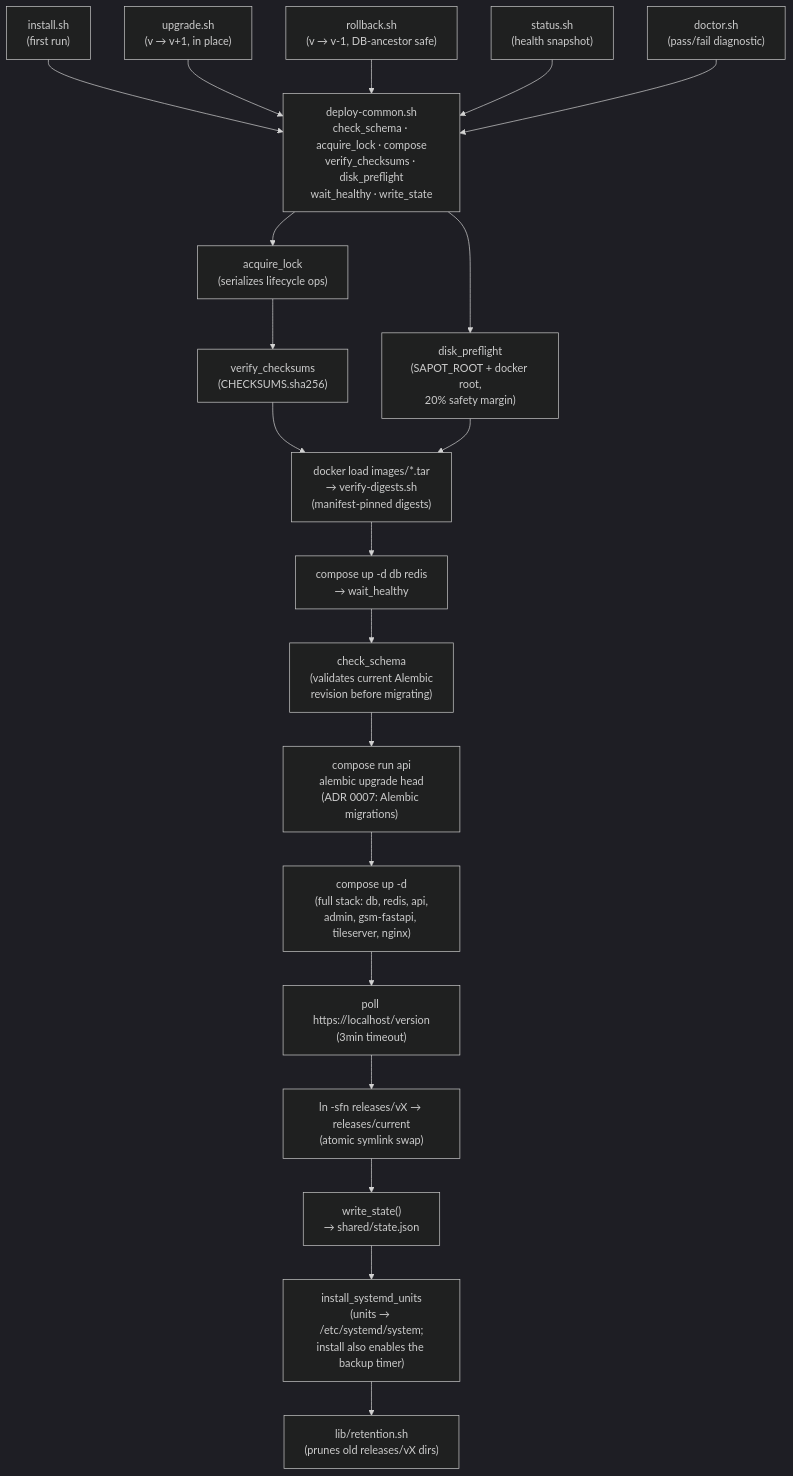
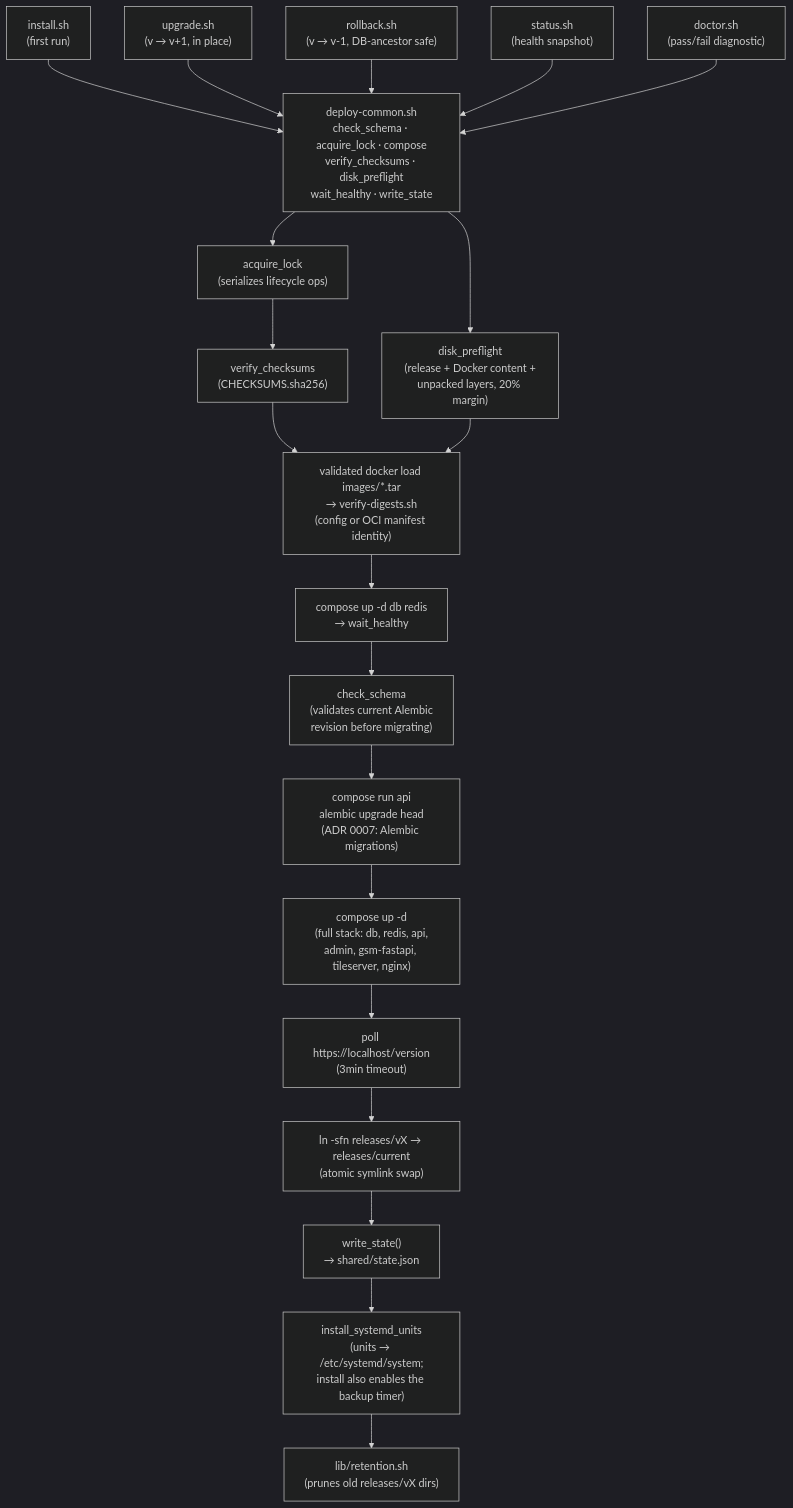
One commit to SAPOT-System/YLP-software changed the second of 3 diagrams in docs/deployment/docker-bundle.md. Above: the diagram before and after it, drawn with Mermaid (dark theme). The commit also changed other lines of this file and 8 other files, not shown here.

````diff
--- a/docs/deployment/docker-bundle.md
+++ b/docs/deployment/docker-bundle.md
@@ -54,27 +54,27 @@
 ```mermaid
 flowchart TD
     Common["deploy-common.sh<br/>check_schema · acquire_lock · compose<br/>verify_checksums · disk_preflight<br/>wait_healthy · write_state"]
 
     Install["install.sh<br/>(first run)"] --> Common
     Upgrade["upgrade.sh<br/>(v → v+1, in place)"] --> Common
     Rollback["rollback.sh<br/>(v → v-1, DB-ancestor safe)"] --> Common
     Status["status.sh<br/>(health snapshot)"] --> Common
     Doctor["doctor.sh<br/>(pass/fail diagnostic)"] --> Common
 
     Common --> Lock["acquire_lock<br/>(serializes lifecycle ops)"]
     Lock --> Checksums["verify_checksums<br/>(CHECKSUMS.sha256)"]
-    Common --> Disk["disk_preflight<br/>(SAPOT_ROOT + docker root,<br/>20% safety margin)"]
+    Common --> Disk["disk_preflight<br/>(release + Docker content +<br/>unpacked layers, 20% margin)"]
 
-    Checksums --> LoadImages["docker load images/*.tar<br/>→ verify-digests.sh<br/>(manifest-pinned digests)"]
+    Checksums --> LoadImages["validated docker load images/*.tar<br/>→ verify-digests.sh<br/>(config or OCI manifest identity)"]
     Disk --> LoadImages
 
     LoadImages --> ComposeDeps["compose up -d db redis<br/>→ wait_healthy"]
     ComposeDeps --> SchemaCheck["check_schema<br/>(validates current Alembic<br/>revision before migrating)"]
     SchemaCheck --> Migrate["compose run api<br/>alembic upgrade head<br/>(ADR 0007: Alembic migrations)"]
     Migrate --> ComposeFull["compose up -d<br/>(full stack: db, redis, api,<br/>admin, gsm-fastapi, tileserver, nginx)"]
     ComposeFull --> HealthPoll["poll https://localhost/version<br/>(3min timeout)"]
     HealthPoll --> Symlink["ln -sfn releases/vX → releases/current<br/>(atomic symlink swap)"]
     Symlink --> WriteState["write_state()<br/>→ shared/state.json"]
     WriteState --> Units["install_systemd_units<br/>(units → /etc/systemd/system;<br/>install also enables the backup timer)"]
     Units --> Retention["lib/retention.sh<br/>(prunes old releases/vX dirs)"]
 ```
````
